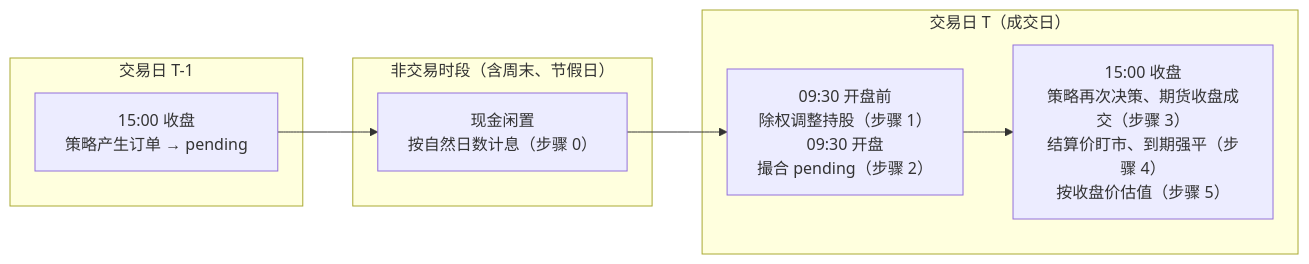
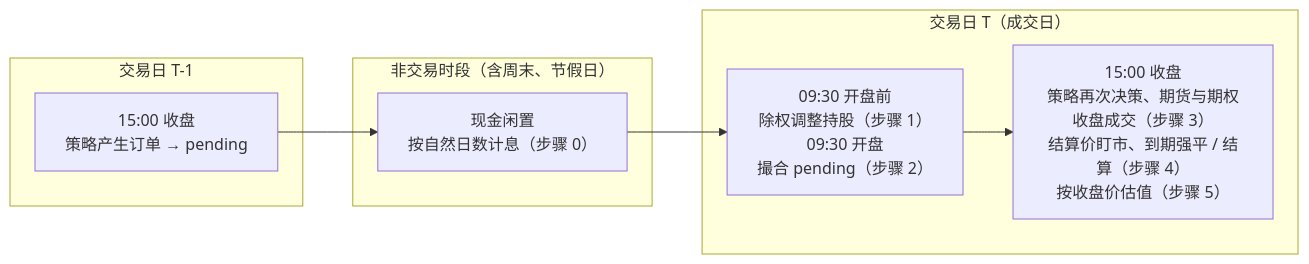
Diagram 13 of 26 in docs/code-walkthrough.md (guevara12345/quant), drawn with Mermaid before and after one commit. The commit also changed other lines of this file and 14 other files, not shown here.

````diff
--- a/docs/code-walkthrough.md
+++ b/docs/code-walkthrough.md
@@ -693,15 +731,15 @@
 ```mermaid
 flowchart LR
     subgraph T0["交易日 T-1"]
         C0["15:00 收盘<br/>策略产生订单 → pending"]
     end
     subgraph Gap["非交易时段（含周末、节假日）"]
         I["现金闲置<br/>按自然日数计息（步骤 0）"]
     end
     subgraph T1["交易日 T（成交日）"]
         O1["09:30 开盘前<br/>除权调整持股（步骤 1）<br/>09:30 开盘<br/>撮合 pending（步骤 2）"]
-        C1["15:00 收盘<br/>策略再次决策、期货收盘成交（步骤 3）<br/>结算价盯市、到期强平（步骤 4）<br/>按收盘价估值（步骤 5）"]
+        C1["15:00 收盘<br/>策略再次决策、期货与期权收盘成交（步骤 3）<br/>结算价盯市、到期强平 / 结算（步骤 4）<br/>按收盘价估值（步骤 5）"]
         O1 --> C1
     end
     C0 --> I --> O1
 ```
````
